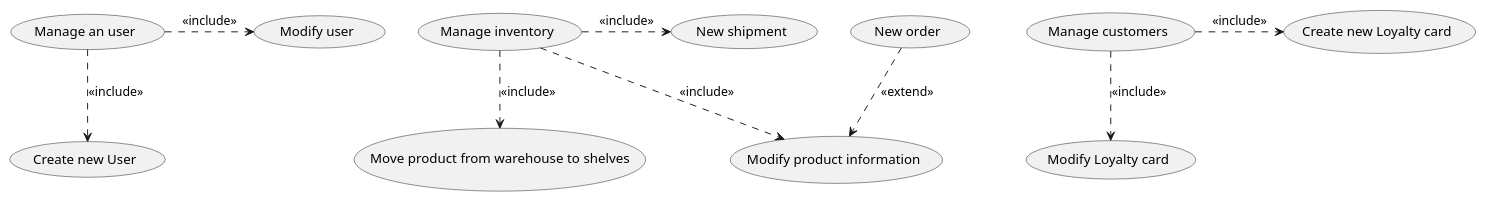
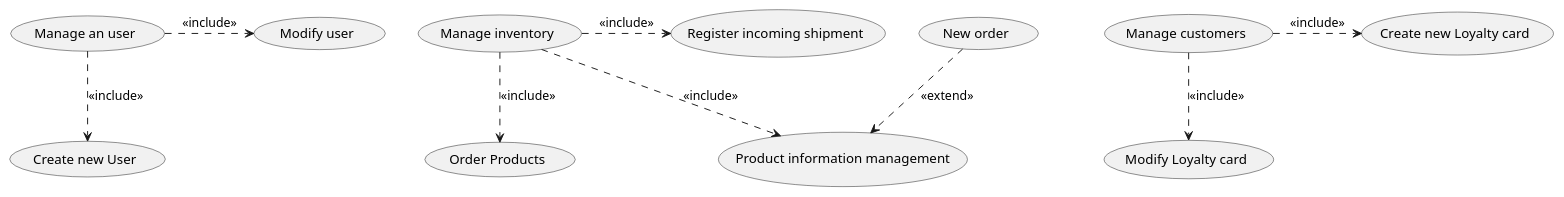
The third of 5 diagrams in Deliverables/RequirementsDocument.md (gioele-scaletta/EZShop-Software-Engineering-Project), drawn with PlantUML before and after one commit. The commit also changed other lines of this file, not shown here.

````diff
--- a/Deliverables/RequirementsDocument.md
+++ b/Deliverables/RequirementsDocument.md
@@ -217,40 +216,40 @@
 ```plantuml
 
 
 (Manage an user) as (user)
 
 
 (Manage inventory) as (inv) 
 
 
 (Manage customers) as (Mc) 
 
 
 (New order) as (nor)
 
 
 (Create new User) as (Cu)
 
 
 (Modify user) as (Mu)
 
 
-(New shipment) as (Ns)
-(Modify product information) as (Mpi)
-(Move product from warehouse to shelves) as (ws)
+(Register incoming shipment) as (Ns)
+(Product information management) as (Mpi)
+(Order Products) as (ws)
 (Create new Loyalty card) as (nlc)
 (Modify Loyalty card) as (mlc)
 
 
 
 user ..> Cu : <<include>>
 user .> Mu : <<include>>
 
 
 inv .> Ns : <<include>>
 inv ..> Mpi : <<include>>
 inv ..> ws : <<include>>
 Mc .> nlc : <<include>>
 Mc ..> mlc : <<include>>
 nor ..> Mpi : <<extend>>
 ```
````
